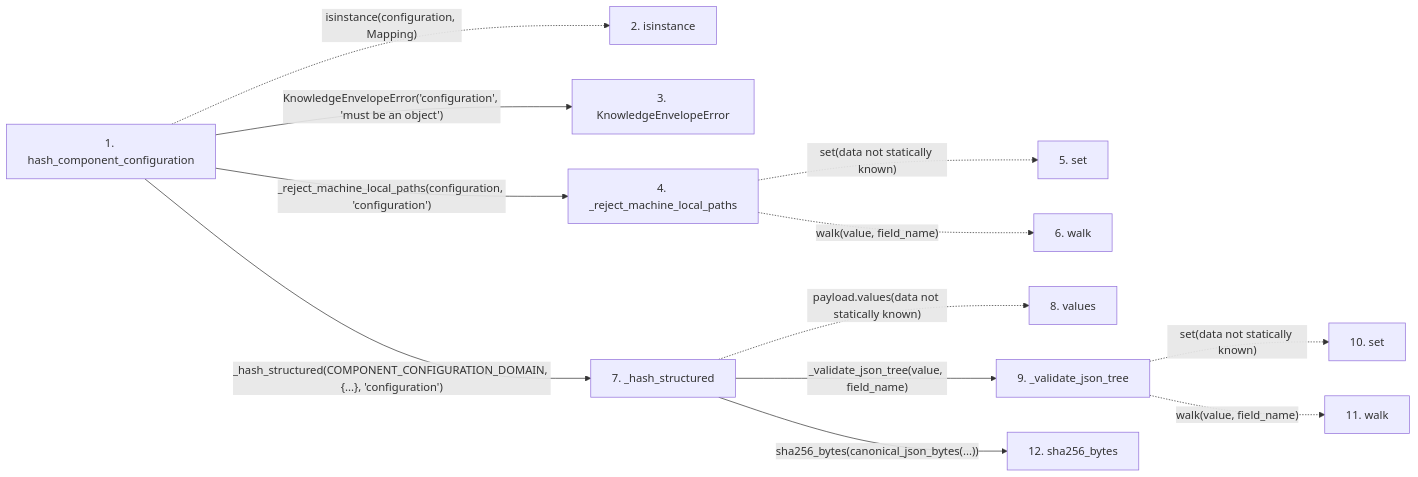
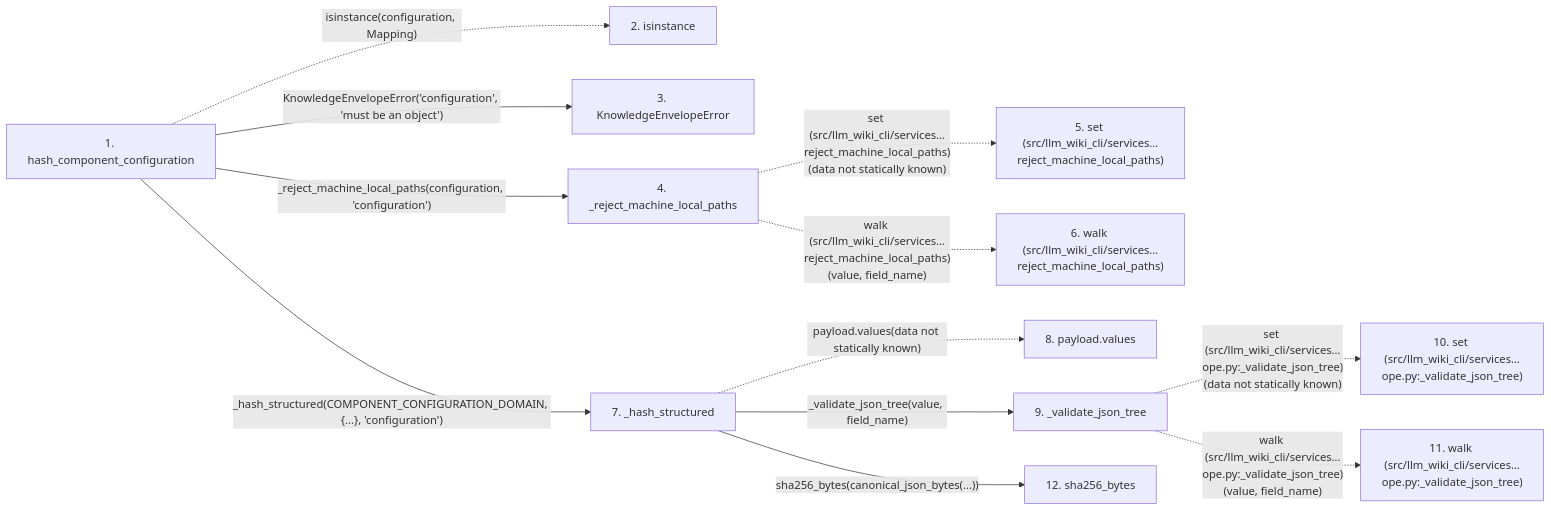
One commit to Denissvgn/python-wiki-llm changed the second of 2 diagrams in docs/llm_wiki/flows/api-hash_component_configuration.md. Above: the diagram before and after it, drawn with Mermaid. The commit also changed other lines of this file and 719 other files, not shown here.

````diff
--- a/docs/llm_wiki/flows/api-hash_component_configuration.md
+++ b/docs/llm_wiki/flows/api-hash_component_configuration.md
@@ -51,32 +53,32 @@
 ```mermaid
 flowchart LR
     s1["1. hash_component_configuration"]
     s2["2. isinstance"]
     s3["3. KnowledgeEnvelopeError"]
     s4["4. _reject_machine_local_paths"]
-    s5["5. set"]
-    s6["6. walk"]
+    s5["5. set (src/llm_wiki_cli/services…reject_machine_local_paths)"]
+    s6["6. walk (src/llm_wiki_cli/services…reject_machine_local_paths)"]
     s7["7. _hash_structured"]
-    s8["8. values"]
+    s8["8. payload.values"]
     s9["9. _validate_json_tree"]
-    s10["10. set"]
-    s11["11. walk"]
+    s10["10. set (src/llm_wiki_cli/services…ope.py:_validate_json_tree)"]
+    s11["11. walk (src/llm_wiki_cli/services…ope.py:_validate_json_tree)"]
     s12["12. sha256_bytes"]
     s1 -. "isinstance(configuration, Mapping)" .-> s2
     s1 -->|"KnowledgeEnvelopeError('configuration', 'must be an object')"| s3
     s1 -->|"_reject_machine_local_paths(configuration, 'configuration')"| s4
-    s4 -. "set(data not statically known)" .-> s5
-    s4 -. "walk(value, field_name)" .-> s6
+    s4 -. "set (src/llm_wiki_cli/services…reject_machine_local_paths)(data not statically known)" .-> s5
+    s4 -. "walk (src/llm_wiki_cli/services…reject_machine_local_paths)(value, field_name)" .-> s6
     s1 -->|"_hash_structured(COMPONENT_CONFIGURATION_DOMAIN, {...}, 'configuration')"| s7
     s7 -. "payload.values(data not statically known)" .-> s8
     s7 -->|"_validate_json_tree(value, field_name)"| s9
-    s9 -. "set(data not statically known)" .-> s10
-    s9 -. "walk(value, field_name)" .-> s11
+    s9 -. "set (src/llm_wiki_cli/services…ope.py:_validate_json_tree)(data not statically known)" .-> s10
+    s9 -. "walk (src/llm_wiki_cli/services…ope.py:_validate_json_tree)(value, field_name)" .-> s11
     s7 -->|"sha256_bytes(canonical_json_bytes(...))"| s12
     click s1 "../modules/knowledge_envelope.md"
     click s3 "../modules/knowledge_envelope.md"
     click s4 "../modules/knowledge_envelope.md"
     click s7 "../modules/knowledge_envelope.md"
     click s9 "../modules/knowledge_envelope.md"
     click s12 "../modules/knowledge_evidence.md"
 ```
````
